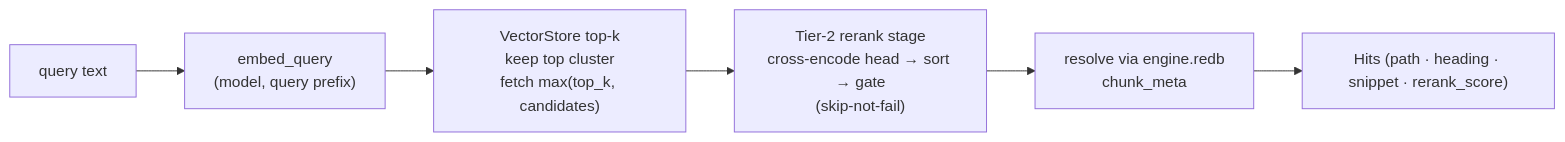
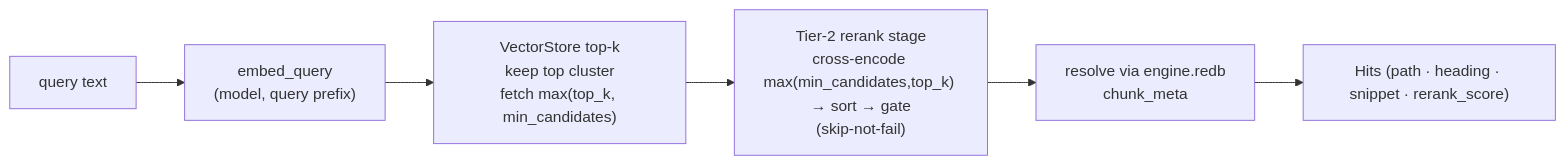
One commit to onebrain-ai/onebrain-cli changed the sixth of 8 diagrams in docs/architecture/search.md. Above: the diagram before and after it, drawn with Mermaid. The commit also changed other lines of this file and 11 other files, not shown here.

First line of the commit message:
feat(search): top_k + reranker min_candidates settable on all surfaces; rerank covers full result set

````diff
--- a/docs/architecture/search.md
+++ b/docs/architecture/search.md
@@ -399,4 +403,4 @@
 ```mermaid
 flowchart LR
-    Q["query text"] --> E["embed_query<br/>(model, query prefix)"] --> V["VectorStore top-k<br/>keep top cluster<br/>fetch max(top_k, candidates)"] --> RR["Tier-2 rerank stage<br/>cross-encode head → sort → gate<br/>(skip-not-fail)"] --> M["resolve via engine.redb<br/>chunk_meta"] --> H["Hits (path · heading · snippet · rerank_score)"]
+    Q["query text"] --> E["embed_query<br/>(model, query prefix)"] --> V["VectorStore top-k<br/>keep top cluster<br/>fetch max(top_k, min_candidates)"] --> RR["Tier-2 rerank stage<br/>cross-encode max(min_candidates,top_k) → sort → gate<br/>(skip-not-fail)"] --> M["resolve via engine.redb<br/>chunk_meta"] --> H["Hits (path · heading · snippet · rerank_score)"]
 ```
````
